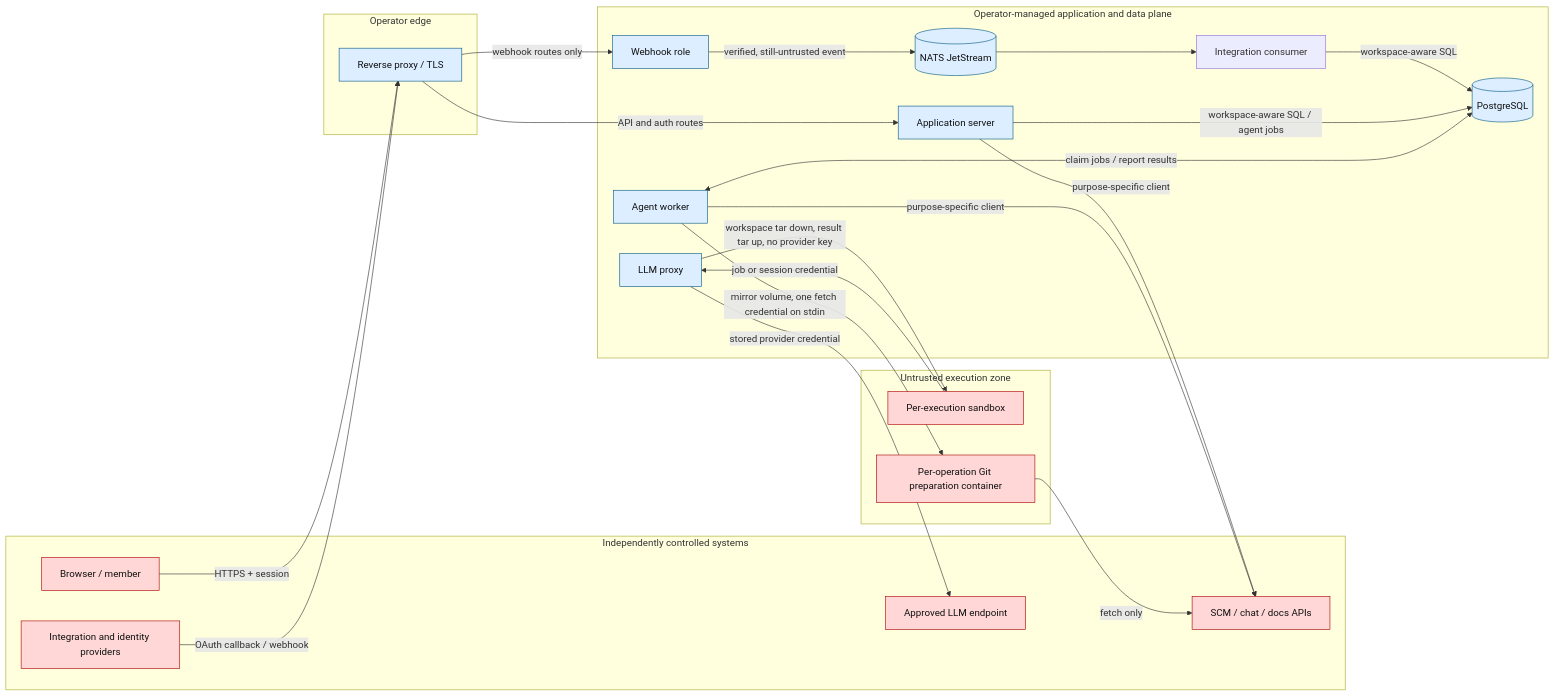
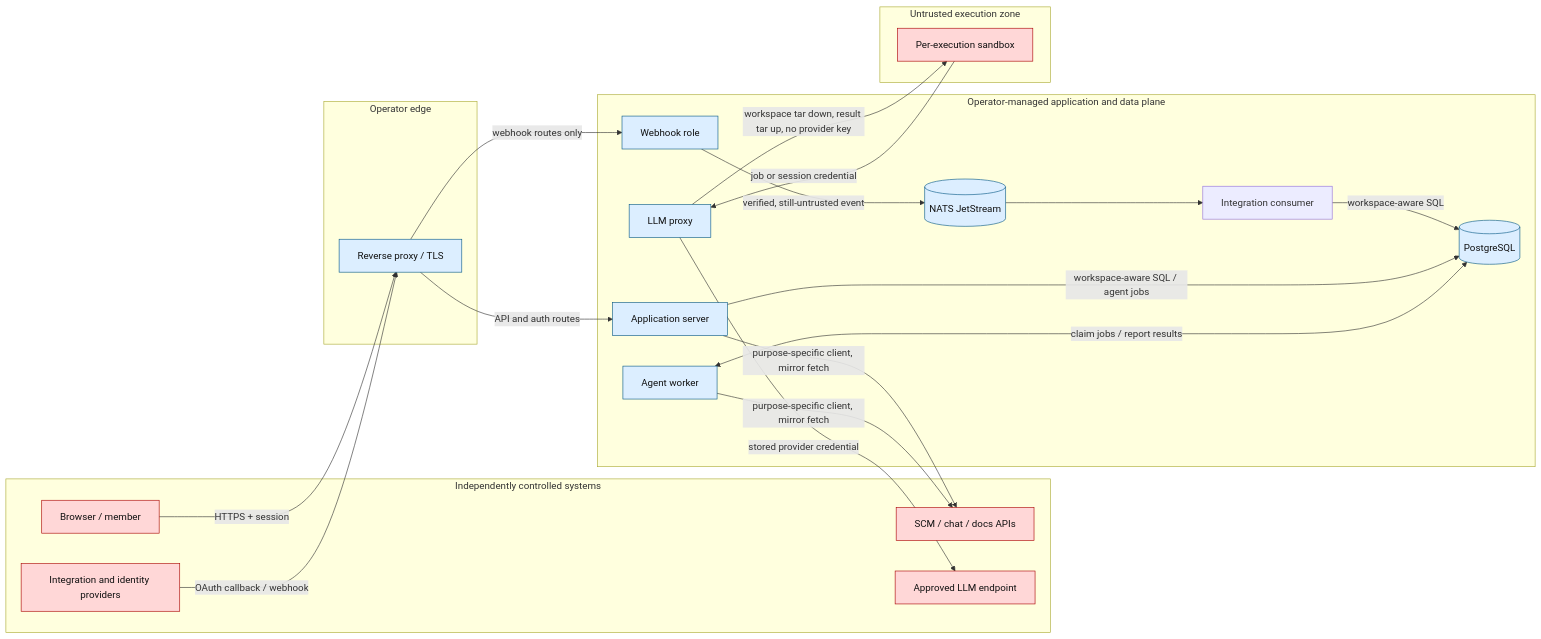
Before and after one commit to hephaestus-build/Hephaestus: the diagram in docs/admin/threat-model.mdx, drawn with Mermaid. The commit also changed other lines of this file and 127 other files, not shown here.

First line of the commit message:
refactor(server): one review container, Git in the process

````diff
--- a/docs/admin/threat-model.mdx
+++ b/docs/admin/threat-model.mdx
@@ -29,53 +29,50 @@
 ```mermaid
 flowchart LR
 accTitle: Hephaestus security data flow
-accDescr: The diagram separates independently controlled systems, the operator edge, the Hephaestus application and data plane, and untrusted execution. Users and providers cross the edge into application and webhook roles. Verified events enter JetStream, services access PostgreSQL, sandboxes exchange inputs, results and model requests with the worker's sandbox gateway, and Git preparation containers fetch from the SCM provider.
+accDescr: The diagram separates independently controlled systems, the operator edge, the Hephaestus application and data plane, and untrusted sandbox execution. Users and providers cross the edge into application and webhook roles. Verified events enter JetStream, services access PostgreSQL, sandboxes exchange inputs, results and model requests with the worker's sandbox gateway, and the server and worker fetch repository mirrors from the SCM provider in-process.
 
   subgraph INTERNET[Independently controlled systems]
     U[Browser / member]
     V[Integration and identity providers]
     X[SCM / chat / docs APIs]
     M[Approved LLM endpoint]
   end
 
   subgraph EDGE[Operator edge]
     P[Reverse proxy / TLS]
   end
 
   subgraph PLANE[Operator-managed application and data plane]
     A[Application server]
     W[Webhook role]
     I[Integration consumer]
     C[Agent worker]
     L[LLM proxy]
     N[(NATS JetStream)]
     DB[(PostgreSQL)]
   end
 
   subgraph EXECUTION[Untrusted execution zone]
     S[Per-execution sandbox]
-    G[Per-operation Git preparation container]
   end
 
   U -->|HTTPS + session| P
   V -->|OAuth callback / webhook| P
   P -->|API and auth routes| A
   P -->|webhook routes only| W
   W -->|verified, still-untrusted event| N
   N --> I
   I -->|workspace-aware SQL| DB
   A -->|workspace-aware SQL / agent jobs| DB
   C <-->|claim jobs / report results| DB
   S -->|job or session credential| L
   L -->|workspace tar down, result tar up, no provider key| S
   L -->|stored provider credential| M
-  C -->|mirror volume, one fetch credential on stdin| G
-  G -->|fetch only| X
-  A -->|purpose-specific client| X
-  C -->|purpose-specific client| X
+  A -->|purpose-specific client, mirror fetch| X
+  C -->|purpose-specific client, mirror fetch| X
 
   classDef external fill:#ffd7d7,stroke:#a00,color:#111
   classDef managed fill:#dceeff,stroke:#075985,color:#111
-  class U,V,X,M,S,G external
+  class U,V,X,M,S external
   class P,A,W,C,L,N,DB managed
 ```
````
